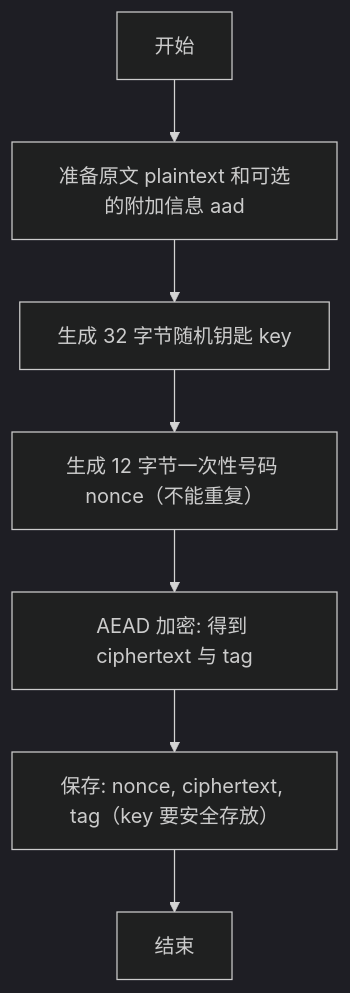
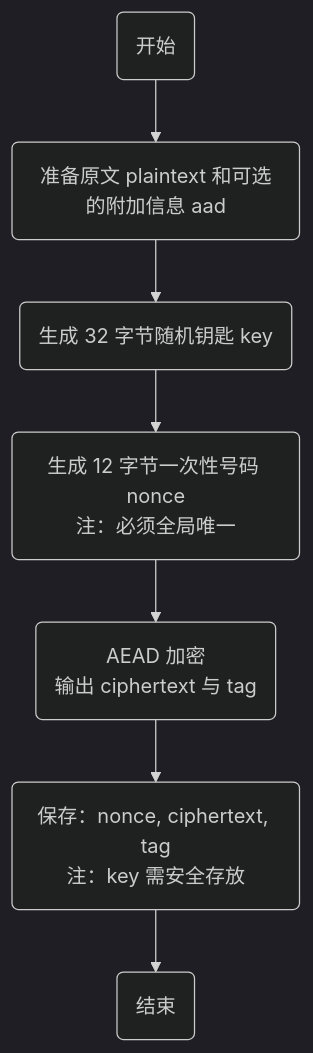
Before and after one commit to MEMZ-CHROER/vuepress-website: the first of 11 diagrams in docs/InformationAI/Encryption/README.md, drawn with Mermaid (dark theme). The commit also changed other lines of this file and 2 other files, not shown here.

````diff
--- a/docs/InformationAI/Encryption/README.md
+++ b/docs/InformationAI/Encryption/README.md
@@ -69,9 +69,9 @@
 ```mermaid
 flowchart TD
-    A[开始] --> B[准备原文 plaintext 和可选的附加信息 aad]
-    B --> C[生成 32 字节随机钥匙 key]
-    C --> D[生成 12 字节一次性号码 nonce（不能重复）]
-    D --> E[AEAD 加密: 得到 ciphertext 与 tag]
-    E --> F[保存: nonce, ciphertext, tag（key 要安全存放）]
-    F --> G[结束]
+    A("开始") --> B("准备原文 plaintext 和可选的附加信息 aad")
+    B --> C("生成 32 字节随机钥匙 key")
+    C --> D("生成 12 字节一次性号码 nonce<br>注：必须全局唯一")
+    D --> E("AEAD 加密<br>输出 ciphertext 与 tag")
+    E --> F("保存：nonce, ciphertext, tag<br>注：key 需安全存放")
+    F --> G("结束")
 ```
````
